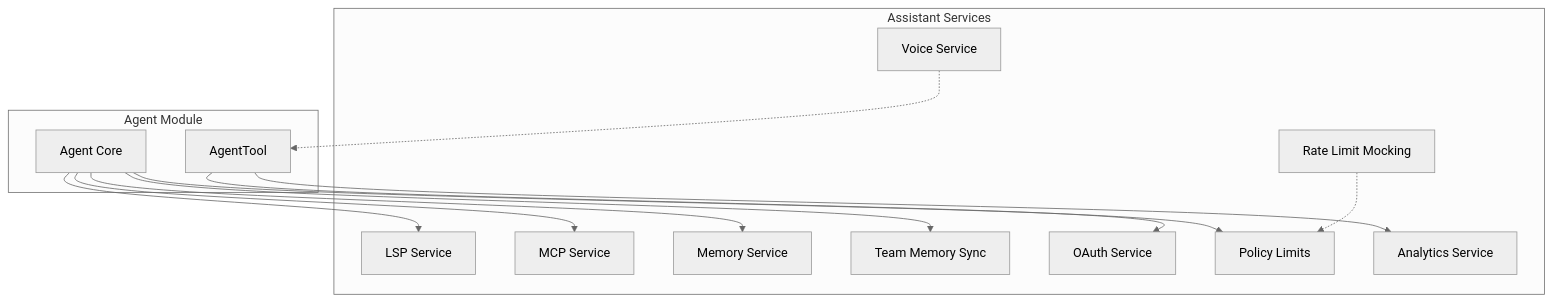
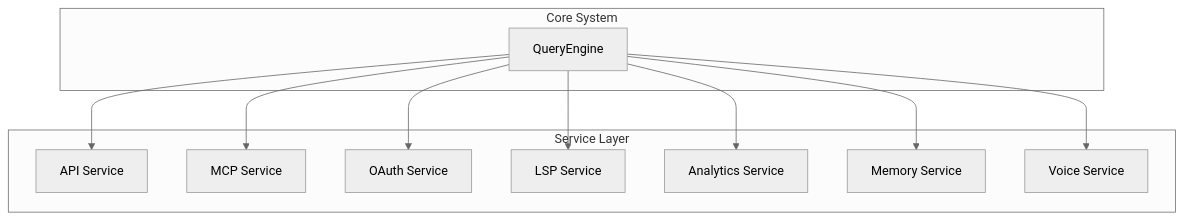
One commit to niuma996/claude-code-sourcemap-wiki changed the first of 2 diagrams in .nium-wiki/wiki_en/services/_index.md. Above: the diagram before and after it, drawn with Mermaid (neutral theme). The commit also changed other lines of this file and 1976 other files, not shown here.

````diff
--- a/.nium-wiki/wiki_en/services/_index.md
+++ b/.nium-wiki/wiki_en/services/_index.md
@@ -23,27 +9,22 @@
 ```mermaid
 flowchart TB
-    subgraph AssistantServices["Assistant Services"]
-        LSP["LSP Service"]
-        MCP["MCP Service"]
-        OAuth["OAuth Service"]
-        Analytics["Analytics Service"]
-        Memory["Memory Service"]
-        TeamSync["Team Memory Sync"]
-        Voice["Voice Service"]
-        Policy["Policy Limits"]
-        RateLimit["Rate Limit Mocking"]
+    subgraph Services["Service Layer"]
+        API[API Service]
+        MCP[MCP Service]
+        OAuth[OAuth Service]
+        LSP[LSP Service]
+        Analytics[Analytics Service]
+        Memory[Memory Service]
+        Voice[Voice Service]
     end
-    subgraph Agent["Agent Module"]
-        AgentCore["Agent Core"]
-        AgentTool["AgentTool"]
+    subgraph Core["Core System"]
+        Query[QueryEngine]
     end
-    AgentCore --> LSP
-    AgentCore --> MCP
-    AgentCore --> Memory
-    AgentCore --> TeamSync
-    AgentCore --> Policy
-    AgentTool --> OAuth
-    AgentTool --> Analytics
-    Voice -.-> AgentTool
-    RateLimit -.-> Policy
+    Query --> API
+    Query --> MCP
+    Query --> OAuth
+    Query --> LSP
+    Query --> Analytics
+    Query --> Memory
+    Query --> Voice
 ```
````
